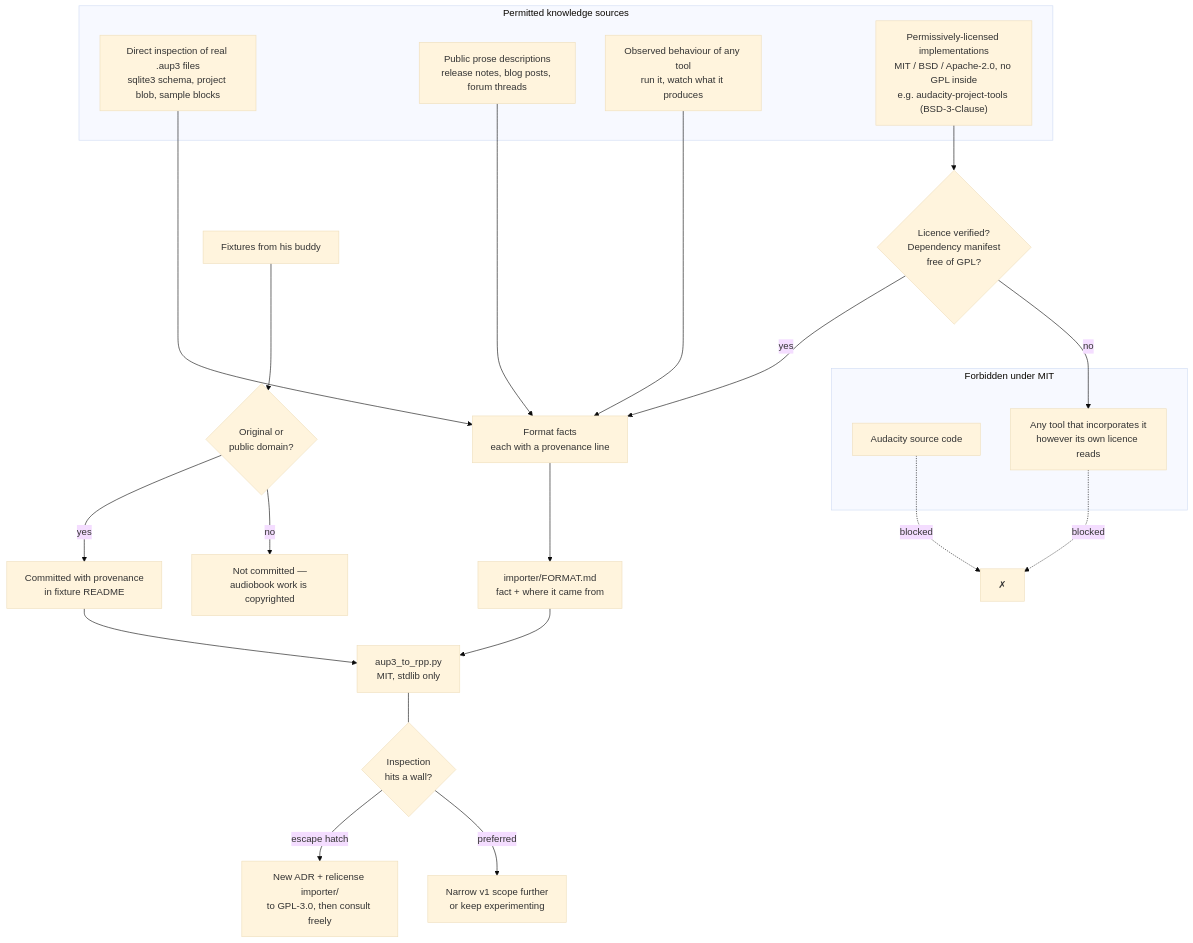
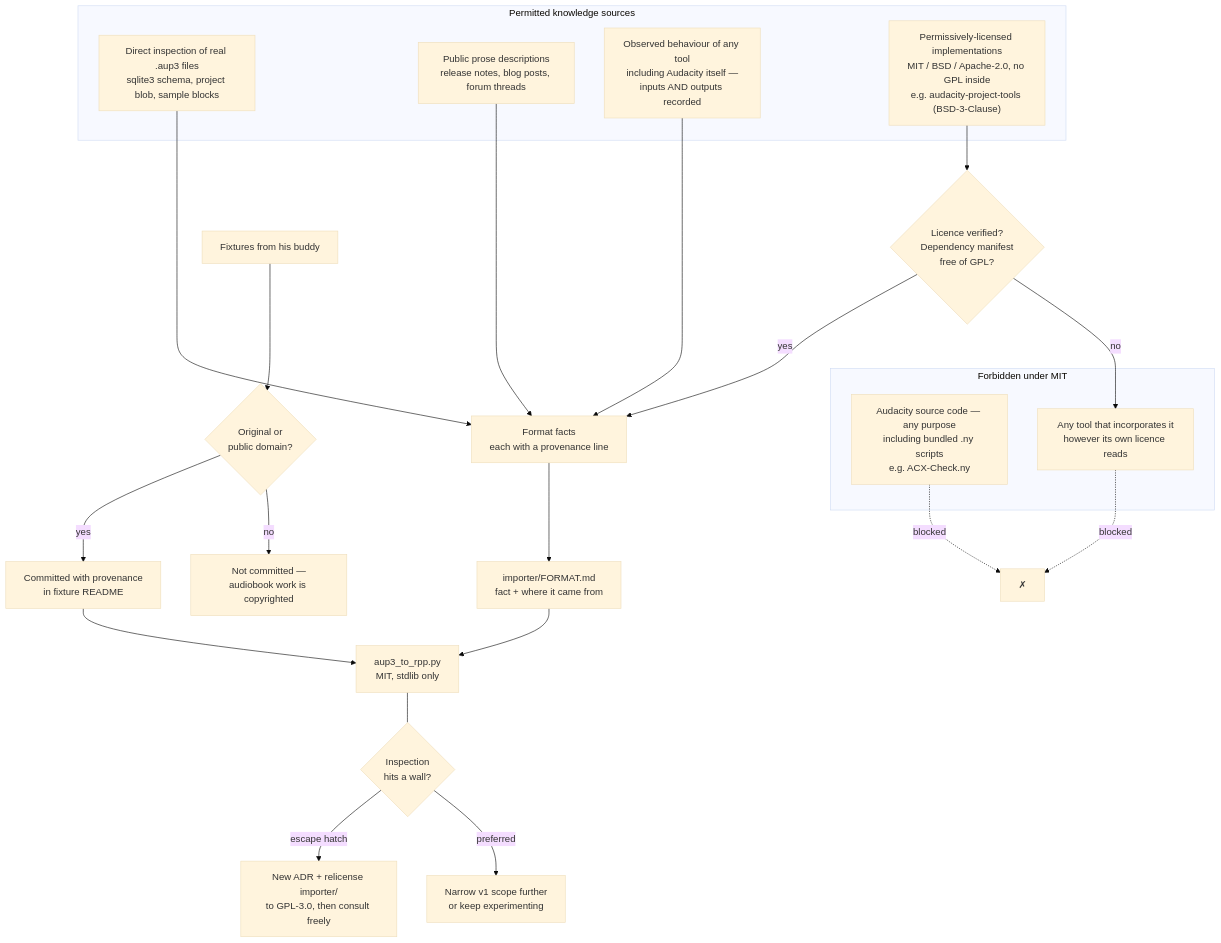
One commit to jonstump/reaper-isnt-so-grim changed the diagram in docs/adrs/ADR-0005-license-and-clean-room.md. Above: the diagram before and after it, drawn with Mermaid (base theme). The commit also changed other lines of this file and 1 other file, not shown here.

````diff
--- a/docs/adrs/ADR-0005-license-and-clean-room.md
+++ b/docs/adrs/ADR-0005-license-and-clean-room.md
@@ -126,36 +142,36 @@
 ```mermaid
 graph TD
     subgraph Permitted["Permitted knowledge sources"]
         INSP["Direct inspection of real .aup3 files<br/>sqlite3 schema, project blob, sample blocks"]
         PROSE["Public prose descriptions<br/>release notes, blog posts, forum threads"]
-        OBS["Observed behaviour of any tool<br/>run it, watch what it produces"]
+        OBS["Observed behaviour of any tool<br/>including Audacity itself —<br/>inputs AND outputs recorded"]
         PERM["Permissively-licensed implementations<br/>MIT / BSD / Apache-2.0, no GPL inside<br/>e.g. audacity-project-tools (BSD-3-Clause)"]
     end
 
     subgraph Forbidden["Forbidden under MIT"]
-        SRC["Audacity source code"]
+        SRC["Audacity source code — any purpose<br/>including bundled .ny scripts<br/>e.g. ACX-Check.ny"]
         DERIV["Any tool that incorporates it<br/>however its own licence reads"]
     end
 
     INSP --> FACTS["Format facts<br/>each with a provenance line"]
     PROSE --> FACTS
     OBS --> FACTS
     PERM --> GATE{"Licence verified?<br/>Dependency manifest<br/>free of GPL?"}
     GATE -->|yes| FACTS
     GATE -->|no| DERIV
 
     SRC -.->|"blocked"| X["✗"]
     DERIV -.->|"blocked"| X
 
     FACTS --> DOC["importer/FORMAT.md<br/>fact + where it came from"]
     DOC --> IMPL["aup3_to_rpp.py<br/>MIT, stdlib only"]
 
     FIX["Fixtures from his buddy"] --> CHECK{"Original or<br/>public domain?"}
     CHECK -->|yes| COMMIT["Committed with provenance<br/>in fixture README"]
     CHECK -->|no| REJECT["Not committed —<br/>audiobook work is copyrighted"]
     COMMIT --> IMPL
 
     STUCK{"Inspection<br/>hits a wall?"} -->|"escape hatch"| RELIC["New ADR + relicense importer/<br/>to GPL-3.0, then consult freely"]
     STUCK -->|"preferred"| NARROW["Narrow v1 scope further<br/>or keep experimenting"]
     IMPL --- STUCK
 ```
````
